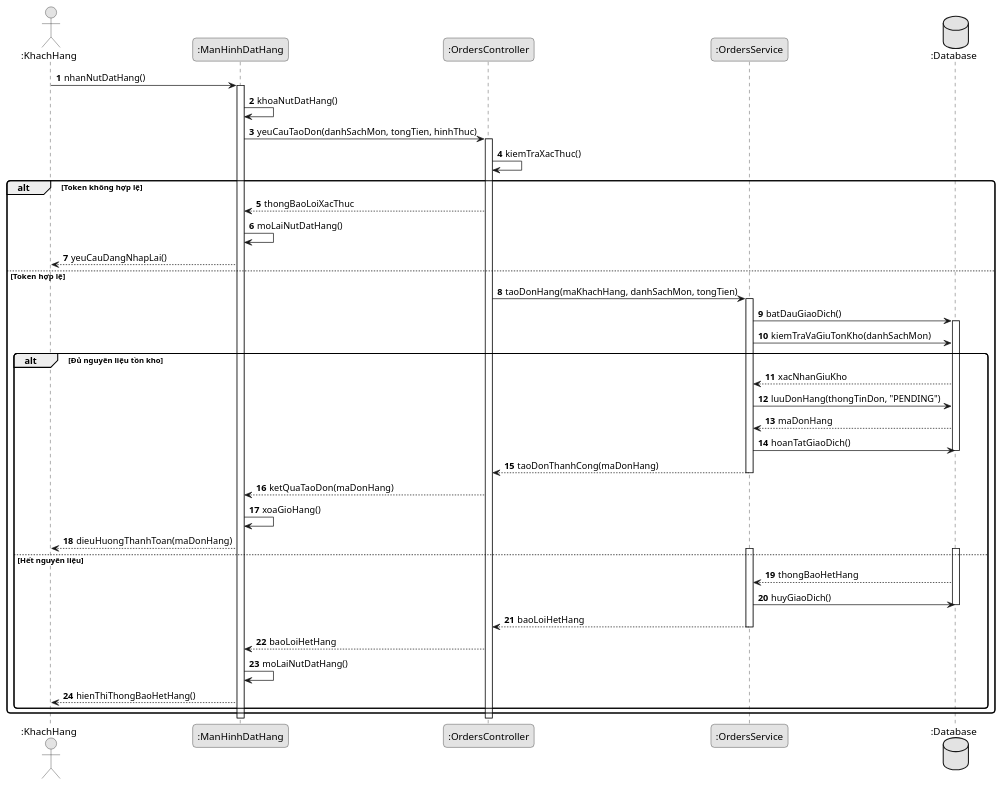
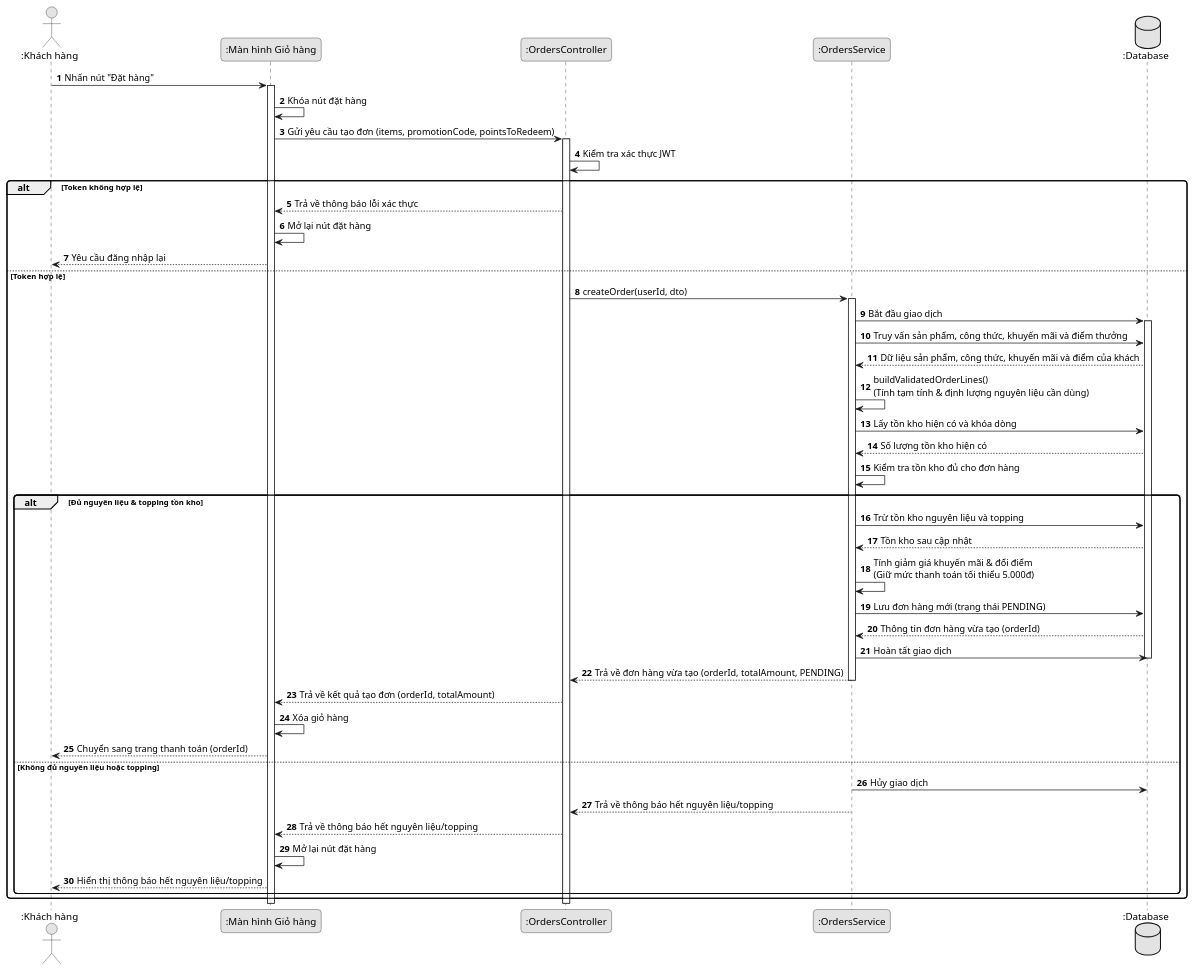
One commit to Phuc280106/BrewLite2 changed the diagram in docs/diagrams/make-order/sequence_make_order.puml. Above: the diagram before and after it, drawn with PlantUML. The commit also changed 1 other file, not shown here.

Commit message:
docs(diagrams): chuẩn hóa sequence diagram tạo đơn hàng chính xác

```diff
--- a/docs/diagrams/make-order/sequence_make_order.puml
+++ b/docs/diagrams/make-order/sequence_make_order.puml
@@ -1,67 +1,71 @@
 @startuml sequence_make_order
 skinparam monochrome true
 skinparam shadowing false
 skinparam defaultFontName Arial
 skinparam roundCorner 10
 autonumber
 
-actor ":KhachHang" as KH
-participant ":ManHinhDatHang" as UI
+actor ":Khách hàng" as KH
+participant ":Màn hình Giỏ hàng" as UI
 participant ":OrdersController" as Controller
 participant ":OrdersService" as Service
 database ":Database" as DB
 
-KH -> UI: nhanNutDatHang()
+KH -> UI: Nhấn nút "Đặt hàng"
 activate UI
-UI -> UI: khoaNutDatHang()
+UI -> UI: Khóa nút đặt hàng
 
-UI -> Controller: yeuCauTaoDon(danhSachMon, tongTien, hinhThuc)
+UI -> Controller: Gửi yêu cầu tạo đơn (items, promotionCode, pointsToRedeem)
 activate Controller
 
-Controller -> Controller: kiemTraXacThuc()
+Controller -> Controller: Kiểm tra xác thực JWT
 
 alt Token không hợp lệ
-    Controller --> UI: thongBaoLoiXacThuc
-    UI -> UI: moLaiNutDatHang()
-    UI --> KH: yeuCauDangNhapLai()
+    Controller --> UI: Trả về thông báo lỗi xác thực
+    UI -> UI: Mở lại nút đặt hàng
+    UI --> KH: Yêu cầu đăng nhập lại
 else Token hợp lệ
-    Controller -> Service: taoDonHang(maKhachHang, danhSachMon, tongTien)
+    Controller -> Service: createOrder(userId, dto)
     activate Service
 
-    Service -> DB: batDauGiaoDich()
+    Service -> DB: Bắt đầu giao dịch
     activate DB
-    Service -> DB: kiemTraVaGiuTonKho(danhSachMon)
+    Service -> DB: Truy vấn sản phẩm, công thức, khuyến mãi và điểm thưởng
+    DB --> Service: Dữ liệu sản phẩm, công thức, khuyến mãi và điểm của khách
+    Service -> Service: buildValidatedOrderLines()\n(Tính tạm tính & định lượng nguyên liệu cần dùng)
 
-    alt Đủ nguyên liệu tồn kho
-        DB --> Service: xacNhanGiuKho
-        Service -> DB: luuDonHang(thongTinDon, "PENDING")
-        DB --> Service: maDonHang
-        Service -> DB: hoanTatGiaoDich()
+    Service -> DB: Lấy tồn kho hiện có và khóa dòng
+    DB --> Service: Số lượng tồn kho hiện có
+    Service -> Service: Kiểm tra tồn kho đủ cho đơn hàng
+
+    alt Đủ nguyên liệu & topping tồn kho
+        Service -> DB: Trừ tồn kho nguyên liệu và topping
+        DB --> Service: Tồn kho sau cập nhật
+        Service -> Service: Tính giảm giá khuyến mãi & đổi điểm\n(Giữ mức thanh toán tối thiểu 5.000đ)
+        Service -> DB: Lưu đơn hàng mới (trạng thái PENDING)
+        DB --> Service: Thông tin đơn hàng vừa tạo (orderId)
+        Service -> DB: Hoàn tất giao dịch
         deactivate DB
 
-        Service --> Controller: taoDonThanhCong(maDonHang)
+        Service --> Controller: Trả về đơn hàng vừa tạo (orderId, totalAmount, PENDING)
         deactivate Service
 
-        Controller --> UI: ketQuaTaoDon(maDonHang)
-        UI -> UI: xoaGioHang()
-        UI --> KH: dieuHuongThanhToan(maDonHang)
-
-    else Hết nguyên liệu
-        activate Service
-        activate DB
-        DB --> Service: thongBaoHetHang
-        Service -> DB: huyGiaoDich()
+        Controller --> UI: Trả về kết quả tạo đơn (orderId, totalAmount)
+        UI -> UI: Xóa giỏ hàng
+        UI --> KH: Chuyển sang trang thanh toán (orderId)
+    else Không đủ nguyên liệu hoặc topping
+        Service -> DB: Hủy giao dịch
         deactivate DB
 
-        Service --> Controller: baoLoiHetHang
+        Service --> Controller: Trả về thông báo hết nguyên liệu/topping
         deactivate Service
 
-        Controller --> UI: baoLoiHetHang
-        UI -> UI: moLaiNutDatHang()
-        UI --> KH: hienThiThongBaoHetHang()
+        Controller --> UI: Trả về thông báo hết nguyên liệu/topping
+        UI -> UI: Mở lại nút đặt hàng
+        UI --> KH: Hiển thị thông báo hết nguyên liệu/topping
     end
 end
 
 deactivate Controller
 deactivate UI
 @enduml
```
